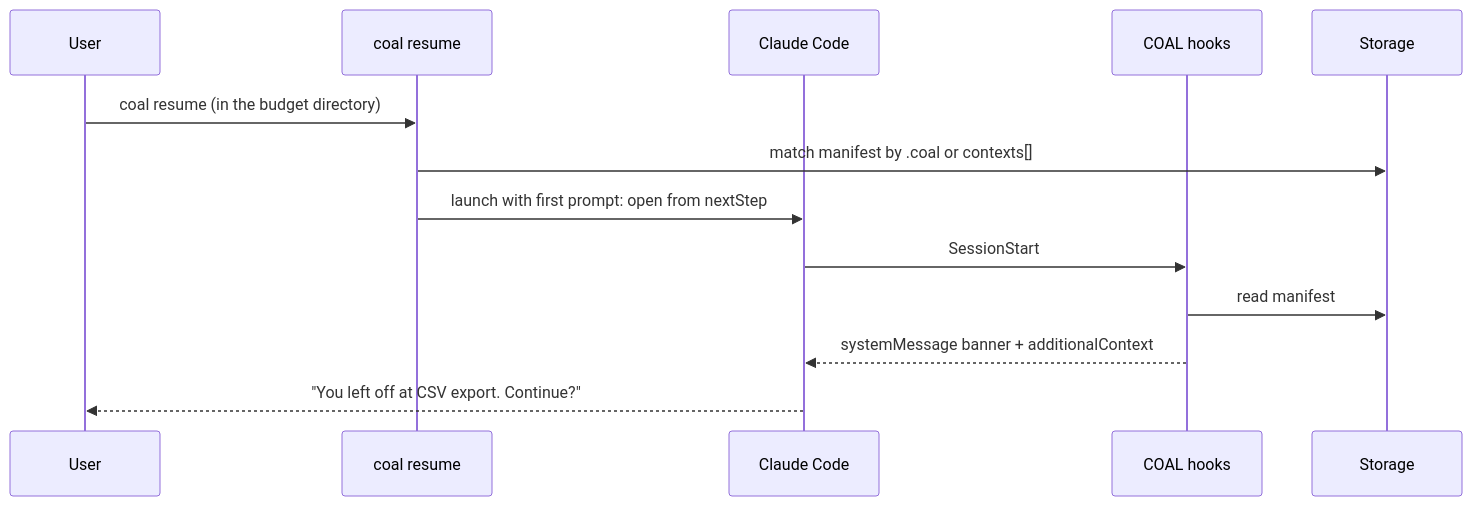
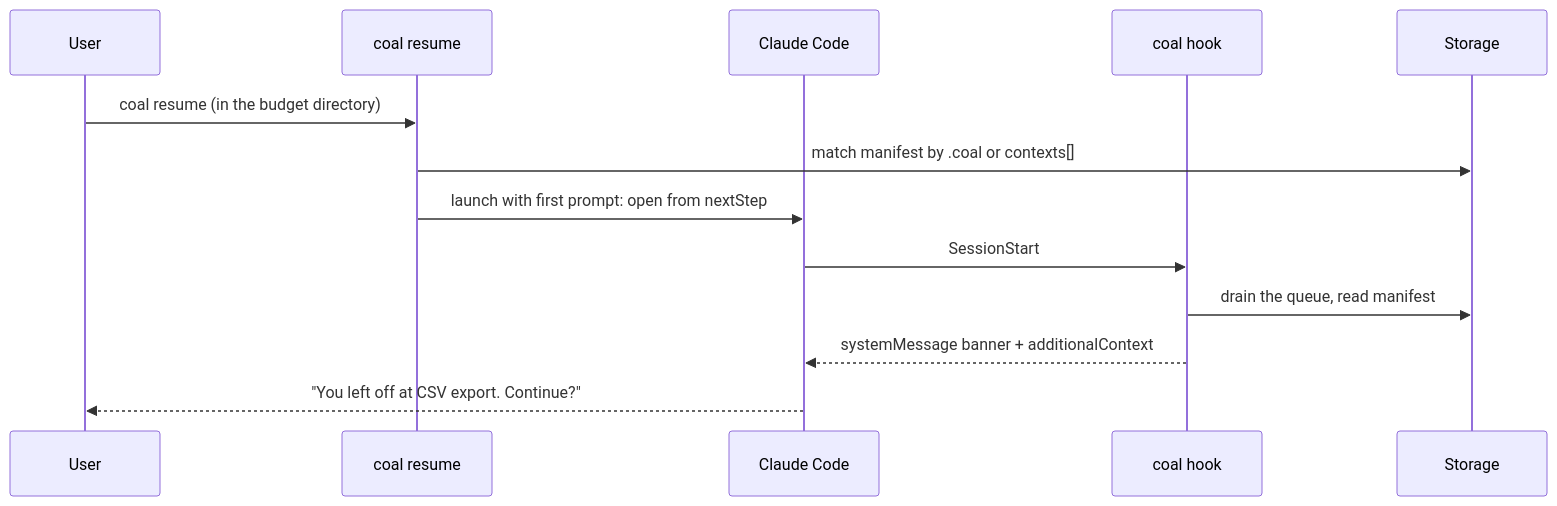
Before and after one commit to calebtonn/coal: the fourth of 7 diagrams in docs/03-ARCHITECTURE.md, drawn with Mermaid. The commit also changed other lines of this file and 13 other files, not shown here.

````diff
--- a/docs/03-ARCHITECTURE.md
+++ b/docs/03-ARCHITECTURE.md
@@ -81,16 +131,16 @@
 ```mermaid
 sequenceDiagram
     participant U as User
     participant CLI as coal resume
     participant CC as Claude Code
-    participant H as COAL hooks
+    participant H as coal hook
     participant S as Storage
 
     U->>CLI: coal resume (in the budget directory)
     CLI->>S: match manifest by .coal or contexts[]
     CLI->>CC: launch with first prompt: open from nextStep
     CC->>H: SessionStart
-    H->>S: read manifest
+    H->>S: drain the queue, read manifest
     H-->>CC: systemMessage banner + additionalContext
     CC-->>U: "You left off at CSV export. Continue?"
 ```
````
